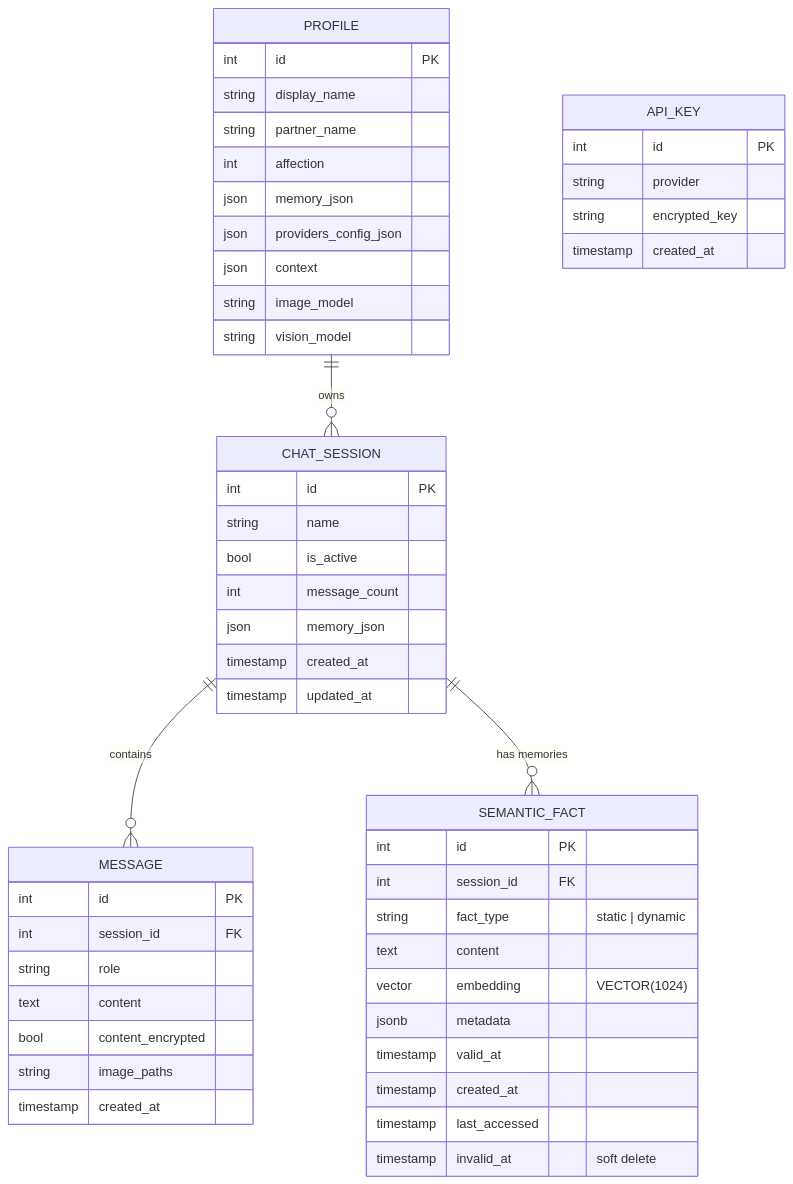
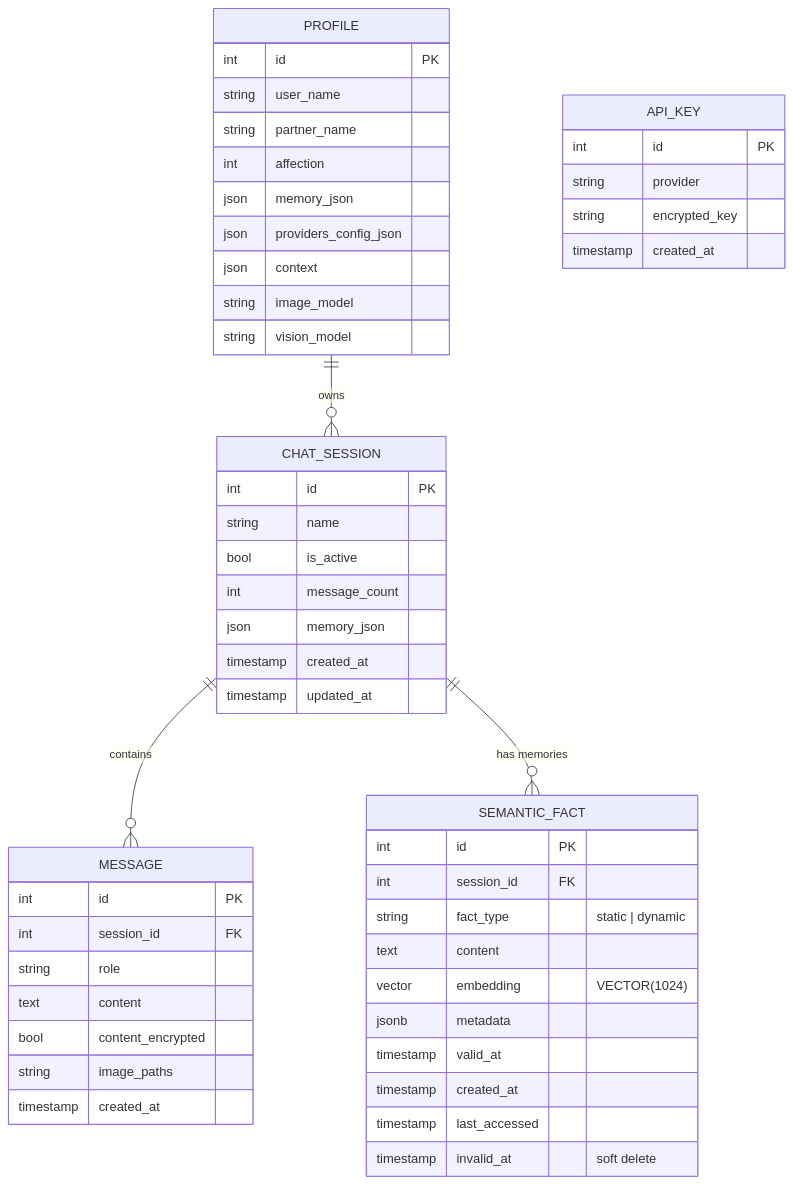
One commit to icedeyes12/yuzu-core changed the third of 5 diagrams in docs/ARCHITECTURE.md. Above: the diagram before and after it, drawn with Mermaid. The commit also changed other lines of this file and 41 other files, not shown here.

First line of the commit message:
feat(config): refactor configuration architecture and enforce BYOK

````diff
--- a/docs/ARCHITECTURE.md
+++ b/docs/ARCHITECTURE.md
@@ -488,53 +488,53 @@
 ```mermaid
 erDiagram
     PROFILE {
         int id PK
-        string display_name
+        string user_name
         string partner_name
         int affection
         json memory_json
         json providers_config_json
         json context
         string image_model
         string vision_model
     }
     CHAT_SESSION {
         int id PK
         string name
         bool is_active
         int message_count
         json memory_json
         timestamp created_at
         timestamp updated_at
     }
     MESSAGE {
         int id PK
         int session_id FK
         string role
         text content
         bool content_encrypted
         string image_paths
         timestamp created_at
     }
     API_KEY {
         int id PK
         string provider
         string encrypted_key
         timestamp created_at
     }
     SEMANTIC_FACT {
         int id PK
         int session_id FK
         string fact_type "static | dynamic"
         text content
         vector embedding "VECTOR(1024)"
         jsonb metadata
         timestamp valid_at
         timestamp created_at
         timestamp last_accessed
         timestamp invalid_at "soft delete"
     }
     PROFILE ||--o{ CHAT_SESSION : "owns"
     CHAT_SESSION ||--o{ MESSAGE : "contains"
     CHAT_SESSION ||--o{ SEMANTIC_FACT : "has memories"
 ```
````
